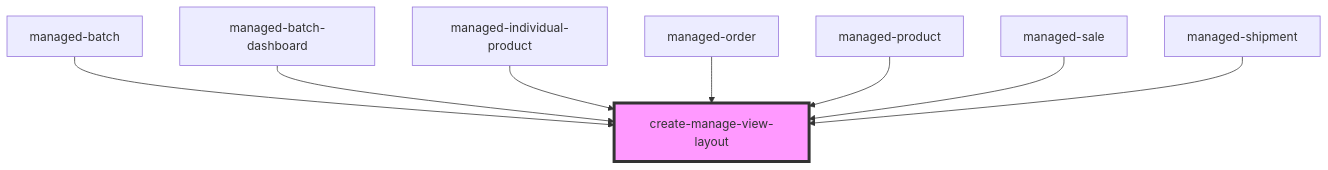
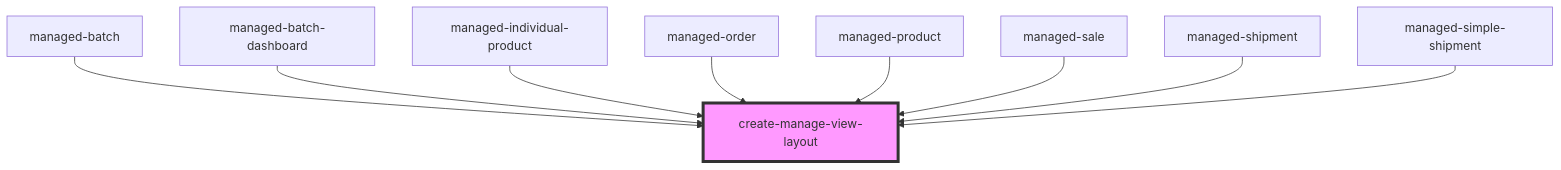
One commit to PharmaLedger-IMI/fgt-workspace changed the diagram in pdm-web-components/src/components/create-manage-view-layout/readme.md. Above: the diagram before and after it, drawn with Mermaid. The commit also changed other lines of this file and 23 other files, not shown here.

````diff
--- a/pdm-web-components/src/components/create-manage-view-layout/readme.md
+++ b/pdm-web-components/src/components/create-manage-view-layout/readme.md
@@ -66,11 +67,12 @@
 ```mermaid
 graph TD;
   managed-batch --> create-manage-view-layout
   managed-batch-dashboard --> create-manage-view-layout
   managed-individual-product --> create-manage-view-layout
   managed-order --> create-manage-view-layout
   managed-product --> create-manage-view-layout
   managed-sale --> create-manage-view-layout
   managed-shipment --> create-manage-view-layout
+  managed-simple-shipment --> create-manage-view-layout
   style create-manage-view-layout fill:#f9f,stroke:#333,stroke-width:4px
 ```
````
